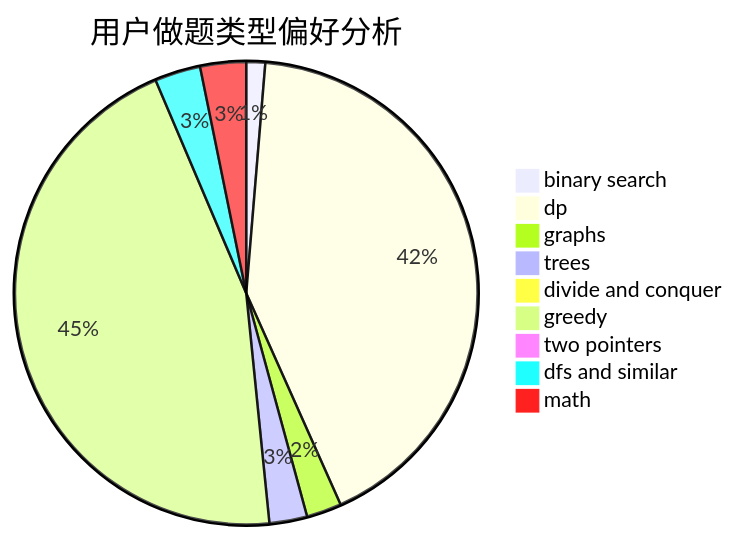
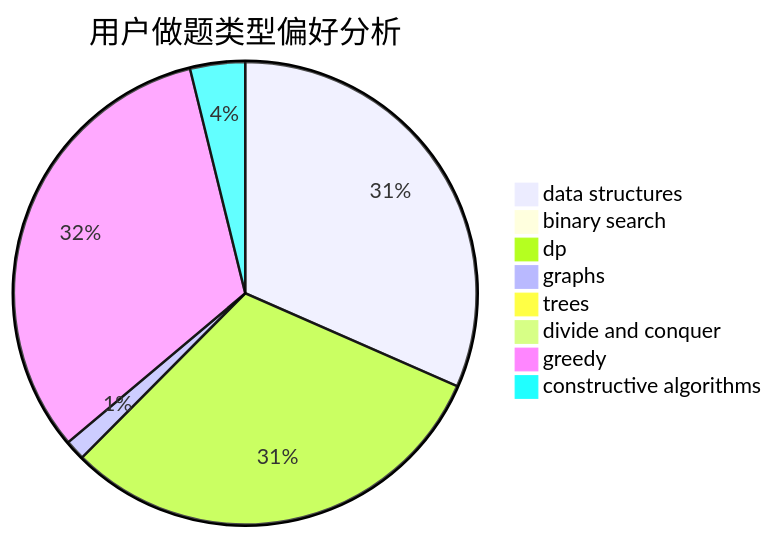
Before and after one commit to sherpahu/cfrs.github.io: the second of 3 diagrams in docs/user/u319.md, drawn with Mermaid. The commit also changed other lines of this file and 2775 other files, not shown here.

````diff
--- a/docs/user/u319.md
+++ b/docs/user/u319.md
@@ -23,12 +23,11 @@
 ```mermaid
 pie title 用户做题类型偏好分析
-    "binary search" :  7
-    "dp" :  223
-    "graphs" :  13
-    "trees" :  14
+    "data structures" :  222
+    "binary search" :  0
+    "dp" :  217
+    "graphs" :  10
+    "trees" :  2
     "divide and conquer" :  0
-    "greedy" :  240
-    "two pointers" :  0
-    "dfs and similar" :  17
-    "math" :  17
+    "greedy" :  227
+    "constructive algorithms" :  27
 ```
````
